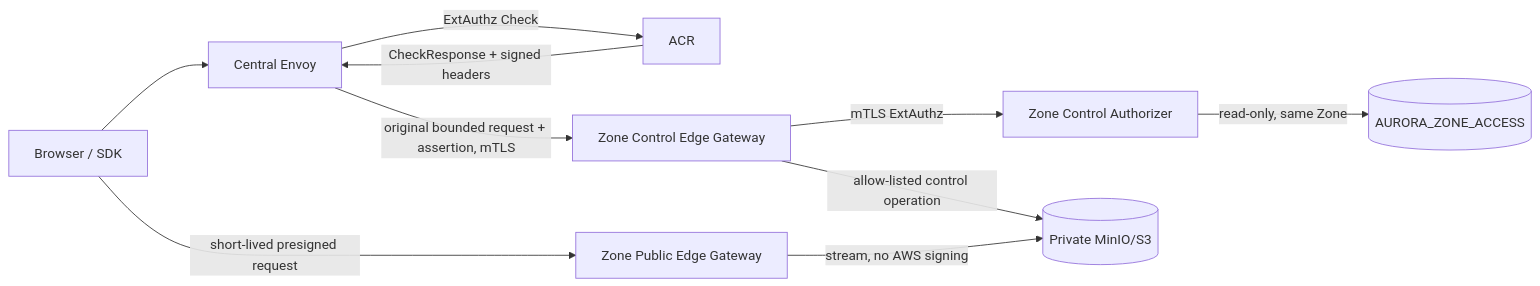
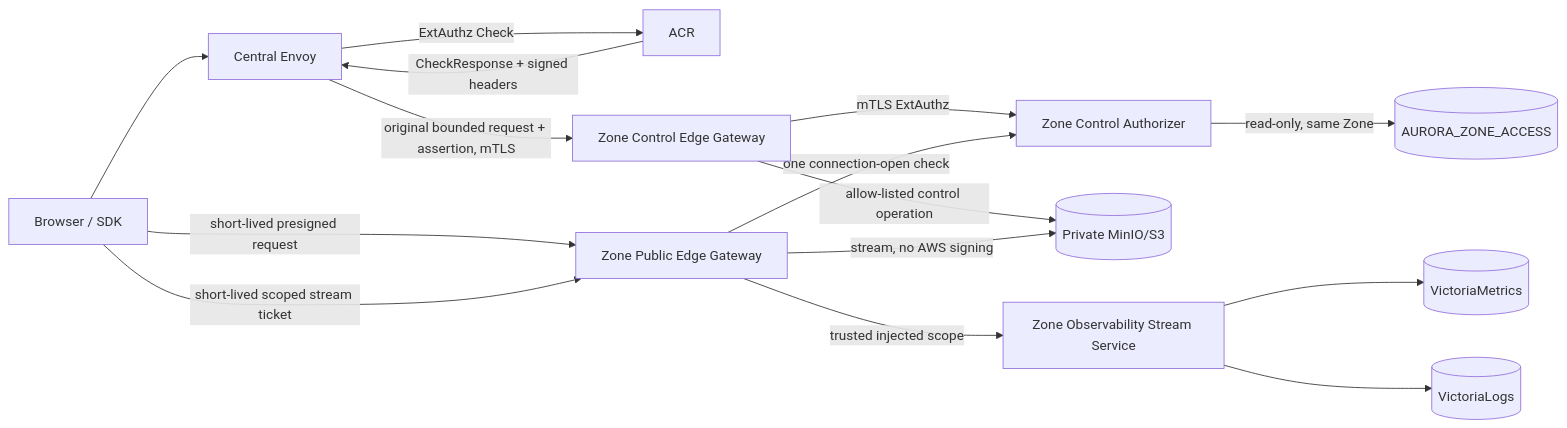
The diagram in god_view/platform/zone_edge_gateway_god_view.md (phucle996/aurora), drawn with Mermaid before and after one commit. The commit also changed other lines of this file and 165 other files, not shown here.

````diff
--- a/god_view/platform/zone_edge_gateway_god_view.md
+++ b/god_view/platform/zone_edge_gateway_god_view.md
@@ -24,13 +25,19 @@
 ```mermaid
 flowchart LR
     B[Browser / SDK] --> CE[Central Envoy]
     CE -->|ExtAuthz Check| ACR[ACR]
     ACR -->|CheckResponse + signed headers| CE
     CE -->|original bounded request + assertion, mTLS| ZC[Zone Control Edge Gateway]
     ZC -->|mTLS ExtAuthz| ZA[Zone Control Authorizer]
     ZA -->|read-only, same Zone| KV[(AURORA_ZONE_ACCESS)]
     ZC -->|allow-listed control operation| S3[(Private MinIO/S3)]
 
     B -->|short-lived presigned request| ZP[Zone Public Edge Gateway]
     ZP -->|stream, no AWS signing| S3
+
+    B -->|short-lived scoped stream ticket| ZP
+    ZP -->|one connection-open check| ZA
+    ZP -->|trusted injected scope| ZOS[Zone Observability Stream Service]
+    ZOS --> VM[(VictoriaMetrics)]
+    ZOS --> VL[(VictoriaLogs)]
 ```
````
